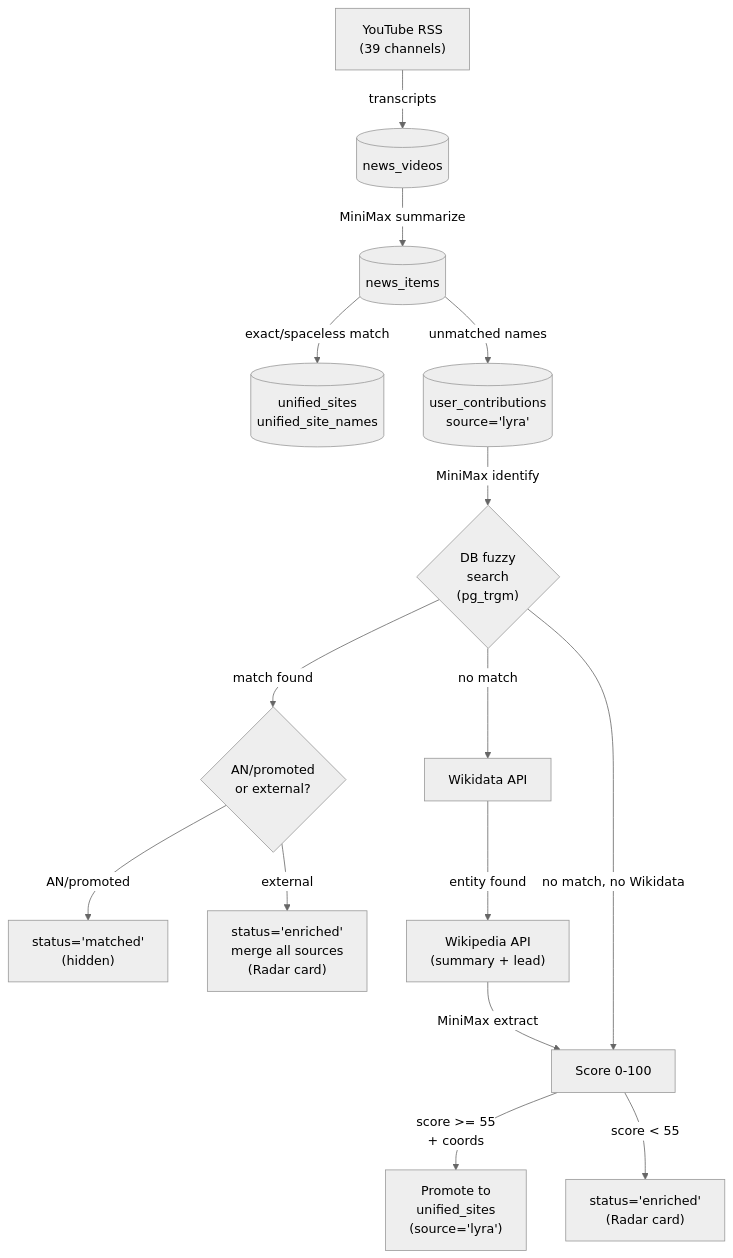
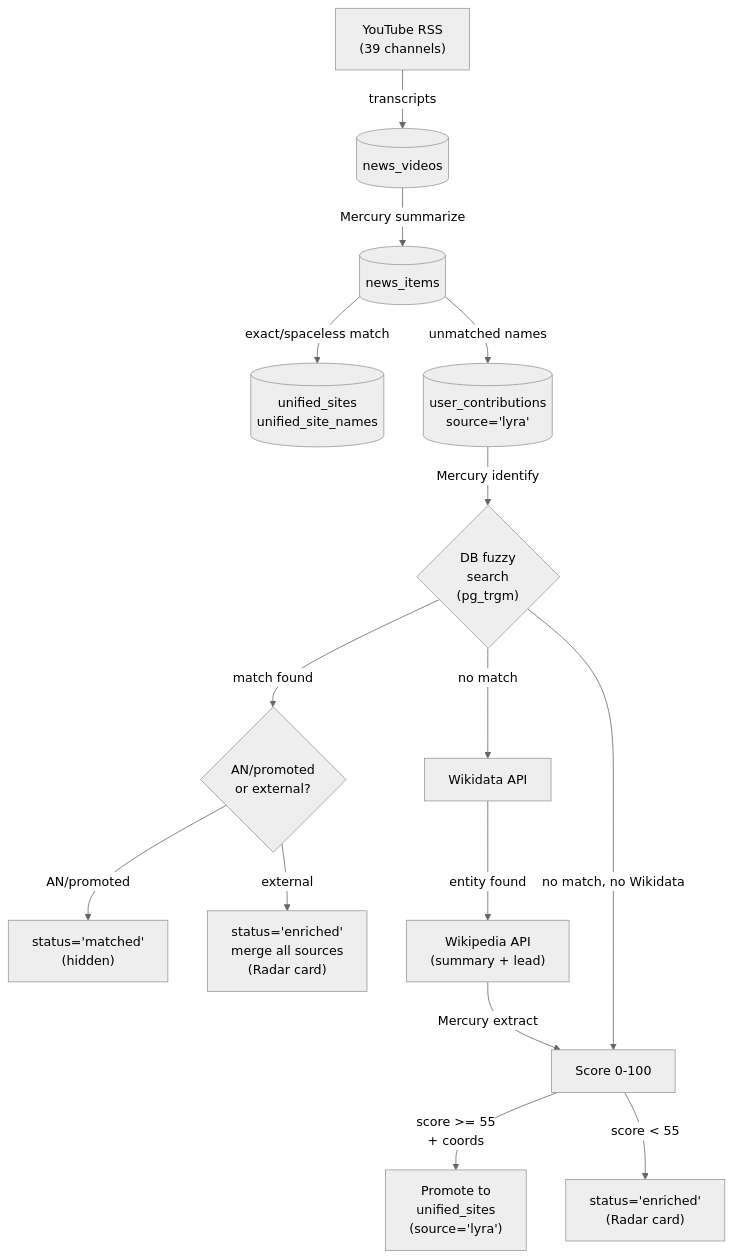
One commit to ancientnerds/AncientMap changed the second of 7 diagrams in docs/lyra-pipeline.md. Above: the diagram before and after it, drawn with Mermaid (neutral theme). The commit also changed other lines of this file and 11 other files, not shown here.

````diff
--- a/docs/lyra-pipeline.md
+++ b/docs/lyra-pipeline.md
@@ -45,21 +45,21 @@
 ```mermaid
 flowchart TD
     YT["YouTube RSS\n(39 channels)"] -->|transcripts| NV[(news_videos)]
-    NV -->|MiniMax summarize| NI[(news_items)]
+    NV -->|Mercury summarize| NI[(news_items)]
     NI -->|exact/spaceless match| US[(unified_sites\nunified_site_names)]
     NI -->|unmatched names| UC[(user_contributions\nsource='lyra')]
 
-    UC -->|MiniMax identify| DB{"DB fuzzy\nsearch\n(pg_trgm)"}
+    UC -->|Mercury identify| DB{"DB fuzzy\nsearch\n(pg_trgm)"}
     DB -->|match found| BRANCH{"AN/promoted\nor external?"}
     DB -->|no match| WD["Wikidata API"]
 
     BRANCH -->|AN/promoted| HIDDEN["status='matched'\n(hidden)"]
     BRANCH -->|external| ENRICHED["status='enriched'\nmerge all sources\n(Radar card)"]
 
     WD -->|entity found| WP["Wikipedia API\n(summary + lead)"]
-    WP -->|MiniMax extract| SCORE["Score 0-100"]
+    WP -->|Mercury extract| SCORE["Score 0-100"]
     DB -->|no match, no Wikidata| SCORE
 
     SCORE -->|"score >= 55\n+ coords"| PROMOTE["Promote to\nunified_sites\n(source='lyra')"]
     SCORE -->|"score < 55"| KEEP["status='enriched'\n(Radar card)"]
 ```
````
